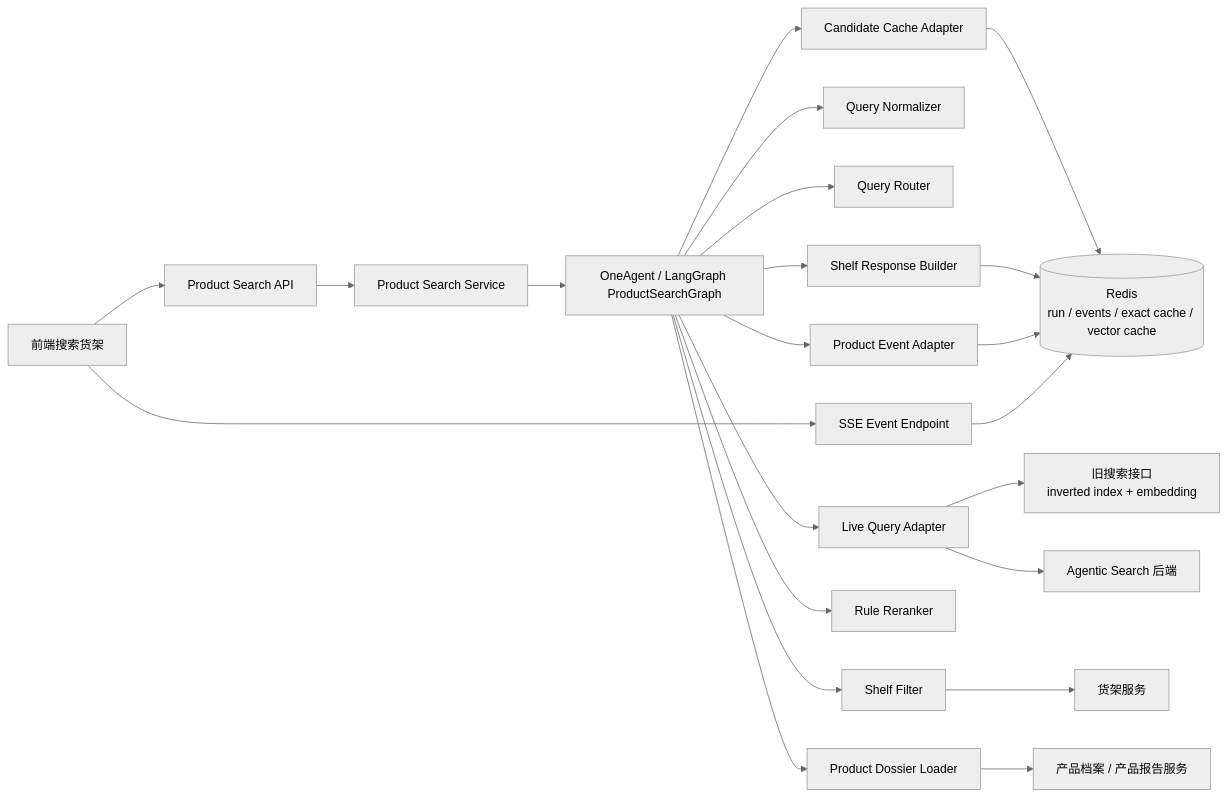
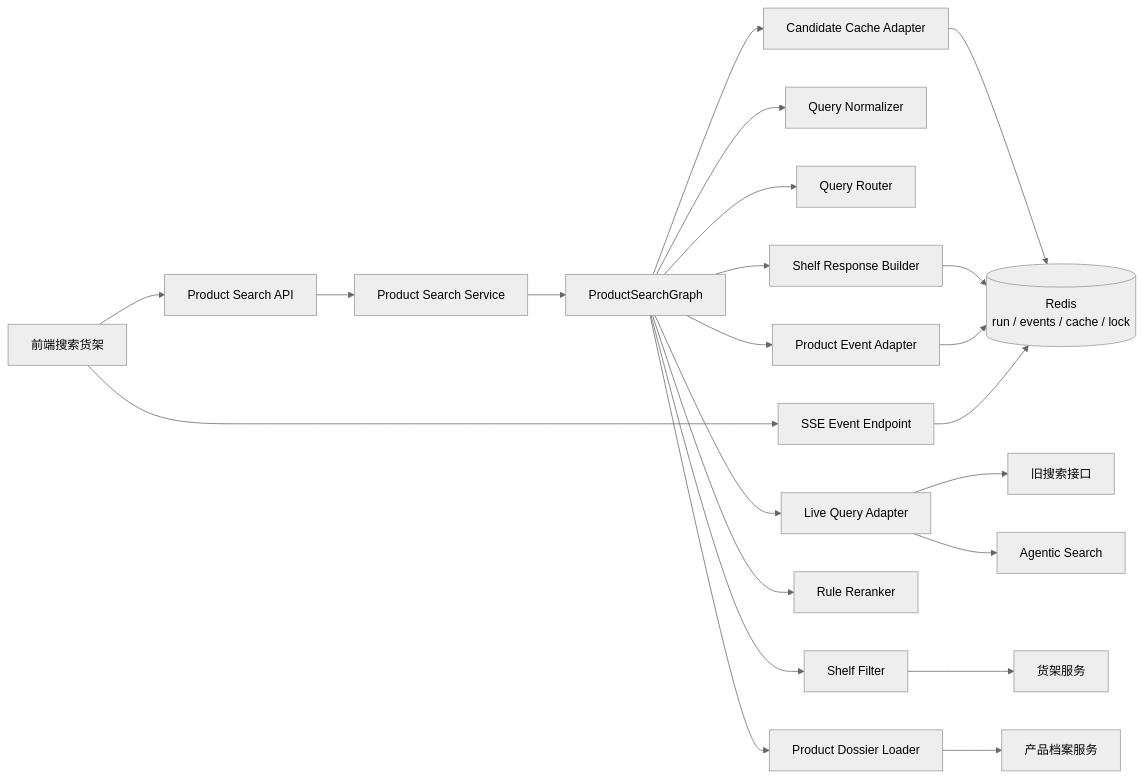
Before and after one commit to istarwyh/xiaohui: the first of 3 diagrams in content/program/llm/保险商品搜索 Agent 工程架构：从自然语言需求到可交互货架.md, drawn with Mermaid (neutral theme). The commit also changed other lines of this file, not shown here.

Commit message:
重构保险商品搜索 Agent 架构文章

````diff
--- a/content/program/llm/保险商品搜索 Agent 工程架构：从自然语言需求到可交互货架.md
+++ b/content/program/llm/保险商品搜索 Agent 工程架构：从自然语言需求到可交互货架.md
@@ -79,28 +106,28 @@
 ```mermaid
 flowchart LR
     FE[前端搜索货架] --> API[Product Search API]
     FE --> SSE[SSE Event Endpoint]
 
     API --> SVC[Product Search Service]
-    SVC --> G[OneAgent / LangGraph ProductSearchGraph]
+    SVC --> G[ProductSearchGraph]
 
     G --> N[Query Normalizer]
     G --> R[Query Router]
     G --> C[Candidate Cache Adapter]
     G --> Q[Live Query Adapter]
     G --> F[Shelf Filter]
     G --> D[Product Dossier Loader]
     G --> K[Rule Reranker]
     G --> B[Shelf Response Builder]
 
-    C --> Redis[(Redis<br/>run / events / exact cache / vector cache)]
-    Q --> Legacy[旧搜索接口<br/>inverted index + embedding]
-    Q --> Agentic[Agentic Search 后端]
+    C --> Redis[(Redis<br/>run / events / cache / lock)]
+    Q --> Legacy[旧搜索接口]
+    Q --> Agentic[Agentic Search]
     F --> Shelf[货架服务]
-    D --> Dossier[产品档案 / 产品报告服务]
+    D --> Dossier[产品档案服务]
     B --> Redis
 
     G --> E[Product Event Adapter]
     E --> Redis
     SSE --> Redis
 ```
````
